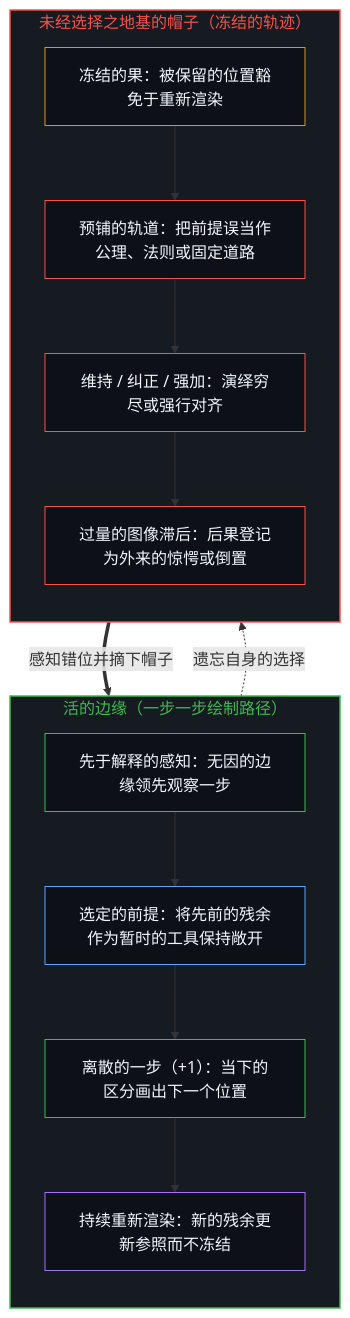
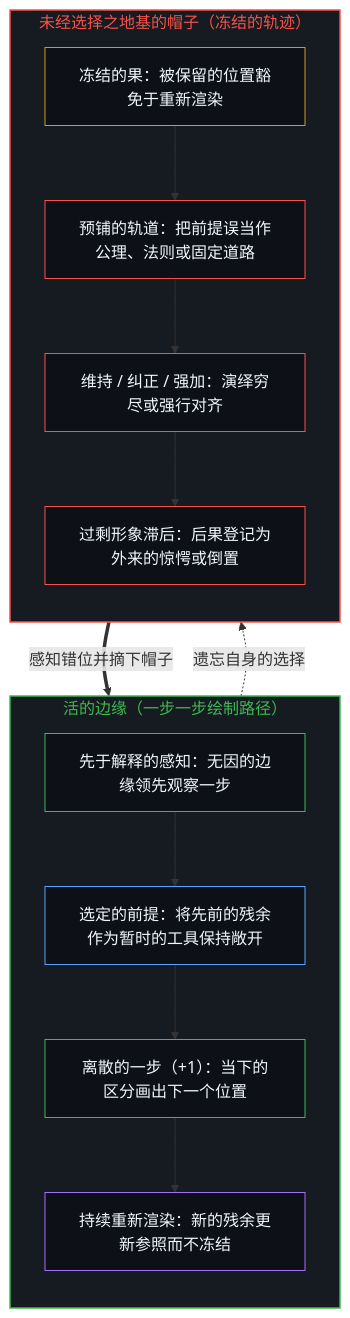
The first of 2 diagrams in content/posts/the-path-drawn-one-step-at-a-time.md (powerpig99/not-a-toe), drawn with Mermaid before and after one commit. The commit also changed other lines of this file and 3 other files, not shown here.

````diff
--- a/content/posts/the-path-drawn-one-step-at-a-time.md
+++ b/content/posts/the-path-drawn-one-step-at-a-time.md
@@ -21,31 +21,31 @@
 ```mermaid
 flowchart TD
     subgraph S_Live["活的边缘（一步一步绘制路径）"]
         direction TB
         L_Sense["先于解释的感知：无因的边缘领先观察一步"]
         L_Premise["选定的前提：将先前的残余作为暂时的工具保持敞开"]
         L_Step["离散的一步（+1）：当下的区分画出下一个位置"]
         L_Renew["持续重新渲染：新的残余更新参照而不冻结"]
         L_Sense --> L_Premise --> L_Step --> L_Renew
     end
     subgraph S_Hat["未经选择之地基的帽子（冻结的轨迹）"]
         direction TB
         H_Freeze["冻结的果：被保留的位置豁免于重新渲染"]
         H_Track["预铺的轨道：把前提误当作公理、法则或固定道路"]
         H_Modes["维持 / 纠正 / 强加：演绎穷尽或强行对齐"]
-        H_Gap["过量的图像滞后：后果登记为外来的惊愕或倒置"]
+        H_Gap["过剩形象滞后：后果登记为外来的惊愕或倒置"]
         H_Freeze --> H_Track --> H_Modes --> H_Gap
     end
     L_Premise -.->|"遗忘自身的选择"| H_Freeze
     H_Gap ==>|"感知错位并摘下帽子"| L_Sense
     style S_Live fill:#161b22,stroke:#3fb950,stroke-width:1.5px,color:#3fb950
     style S_Hat fill:#161b22,stroke:#f85149,stroke-width:1.5px,color:#f85149
     style L_Sense fill:#0d1117,stroke:#3fb950,stroke-width:1px,color:#f0f6fc
     style L_Premise fill:#0d1117,stroke:#58a6ff,stroke-width:1px,color:#f0f6fc
     style L_Step fill:#0d1117,stroke:#3fb950,stroke-width:1px,color:#f0f6fc
     style L_Renew fill:#0d1117,stroke:#a371f7,stroke-width:1px,color:#f0f6fc
     style H_Freeze fill:#0d1117,stroke:#d29922,stroke-width:1px,color:#f0f6fc
     style H_Track fill:#0d1117,stroke:#f85149,stroke-width:1px,color:#f0f6fc
     style H_Modes fill:#0d1117,stroke:#f85149,stroke-width:1px,color:#f0f6fc
     style H_Gap fill:#0d1117,stroke:#f85149,stroke-width:1px,color:#f0f6fc
 ```
````
